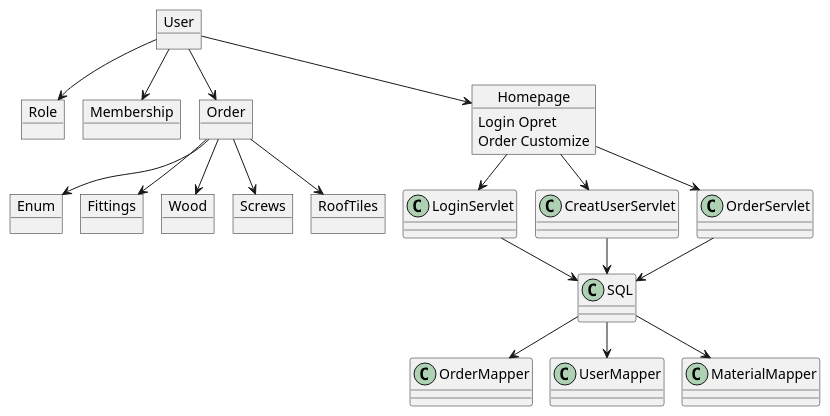
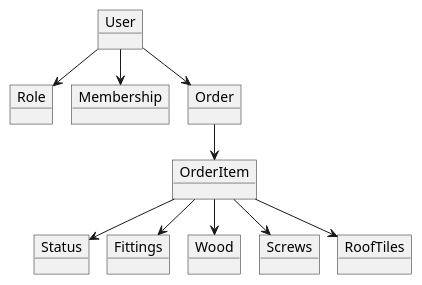
One commit to HeinLarsen/fog-carport changed the diagram in documentation/DomæneDiagram.puml. Above: the diagram before and after it, drawn with PlantUML. The commit also changed 12 other files, not shown here.

Commit message:
updated domain and class diagram, changed db to localhost, updated orderItem to use OrderItemTask instead of string for description

```diff
--- a/documentation/DomæneDiagram.puml
+++ b/documentation/DomæneDiagram.puml
@@ -1,44 +1,31 @@
 @startuml
 'https://plantuml.com/object-diagram
 !pragma layout smetana
 
 object User
+object Status
 object Role
 object Membership
 object Order
-object Homepage
-object Enum
+object OrderItem
 object Fittings
 object Wood
 object Screws
 object RoofTiles
 
- Order --> Enum
- Order --> Fittings
- Order --> Wood
- Order --> Screws
- Order --> RoofTiles
+Order --> OrderItem
+OrderItem --> Status
+OrderItem --> Fittings
+OrderItem --> Wood
+OrderItem --> Screws
+OrderItem --> RoofTiles
 
- User --> Role
- User --> Membership
- User --> Order
- User --> Homepage
+User --> Role
+User --> Membership
+User --> Order
 
- Homepage --> LoginServlet
- Homepage --> CreatUserServlet
- Homepage --> OrderServlet
 
- LoginServlet --> SQL
- CreatUserServlet --> SQL
- OrderServlet --> SQL
 
- SQL --> OrderMapper
- SQL --> UserMapper
- SQL --> MaterialMapper
 
-object Homepage {
-Login Opret
-Order Customize
- }
 
 @enduml
```
